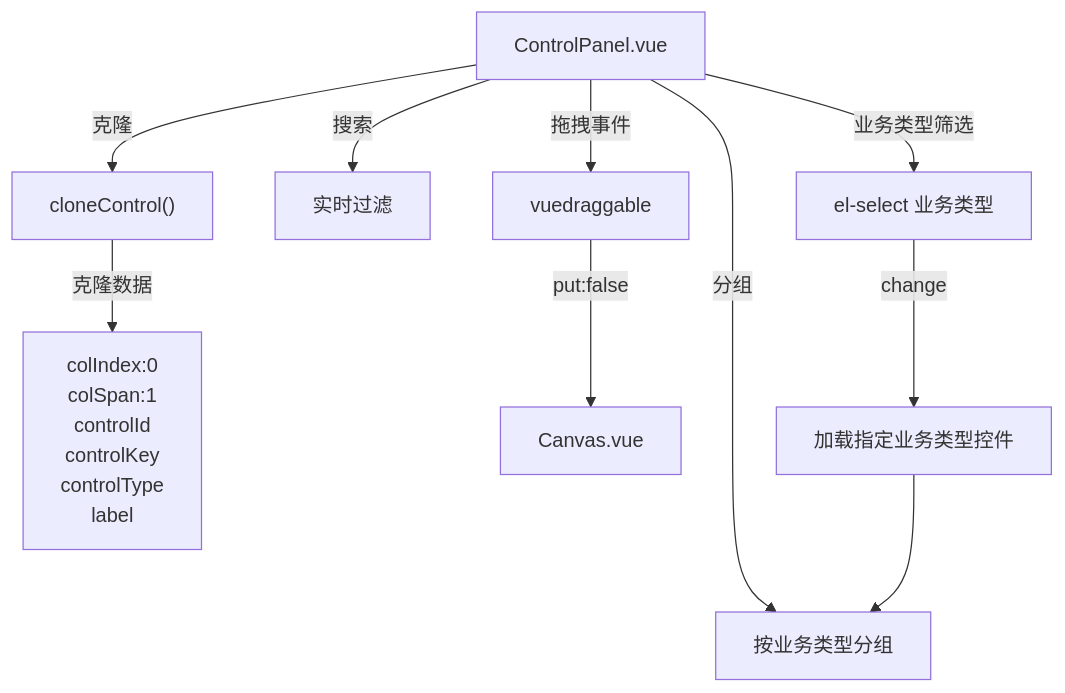
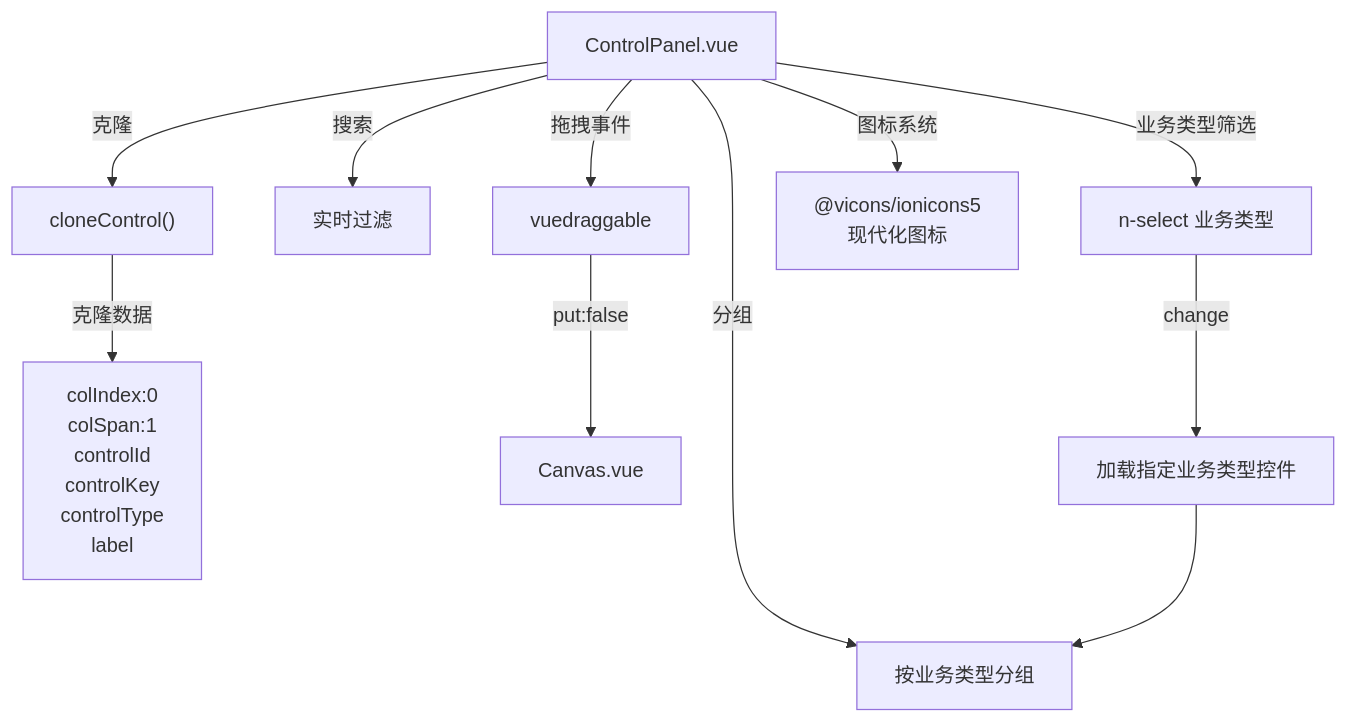
One commit to NJMrLi/genetics changed the fourth of 11 diagrams in .qoder/repowiki/zh/content/前端架构设计/拖拽式表单设计器.md. Above: the diagram before and after it, drawn with Mermaid. The commit also changed other lines of this file and 32 other files, not shown here.

````diff
--- a/.qoder/repowiki/zh/content/前端架构设计/拖拽式表单设计器.md
+++ b/.qoder/repowiki/zh/content/前端架构设计/拖拽式表单设计器.md
@@ -203,12 +214,13 @@
 ```mermaid
 graph TB
-CP["ControlPanel.vue"] --> |业务类型筛选| BizType["el-select 业务类型"]
+CP["ControlPanel.vue"] --> |业务类型筛选| BizType["n-select 业务类型"]
 CP --> |搜索| Filter["实时过滤"]
 CP --> |分组| Group["按业务类型分组"]
 CP --> |克隆| Clone["cloneControl()"]
 Clone --> |克隆数据| CellData["colIndex:0<br/>colSpan:1<br/>controlId<br/>controlKey<br/>controlType<br/>label"]
 CP --> |拖拽事件| Draggable["vuedraggable"]
+CP --> |图标系统| Icons["@vicons/ionicons5<br/>现代化图标"]
 Draggable --> |put:false| Canvas["Canvas.vue"]
 BizType --> |change| LoadGroup["加载指定业务类型控件"]
 LoadGroup --> Group
 ```
````
